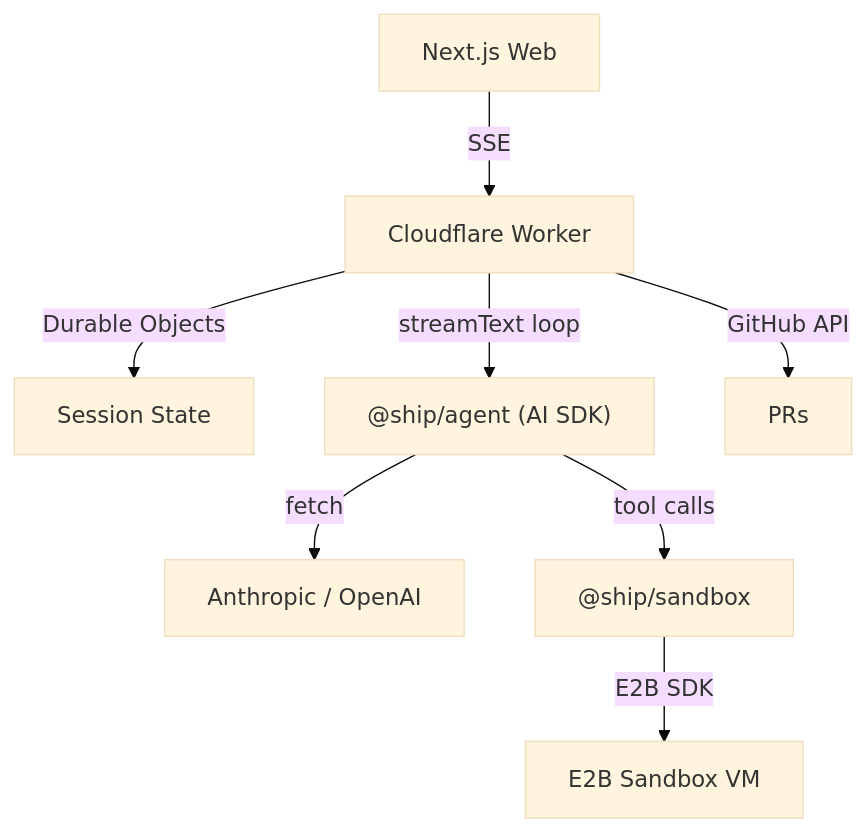
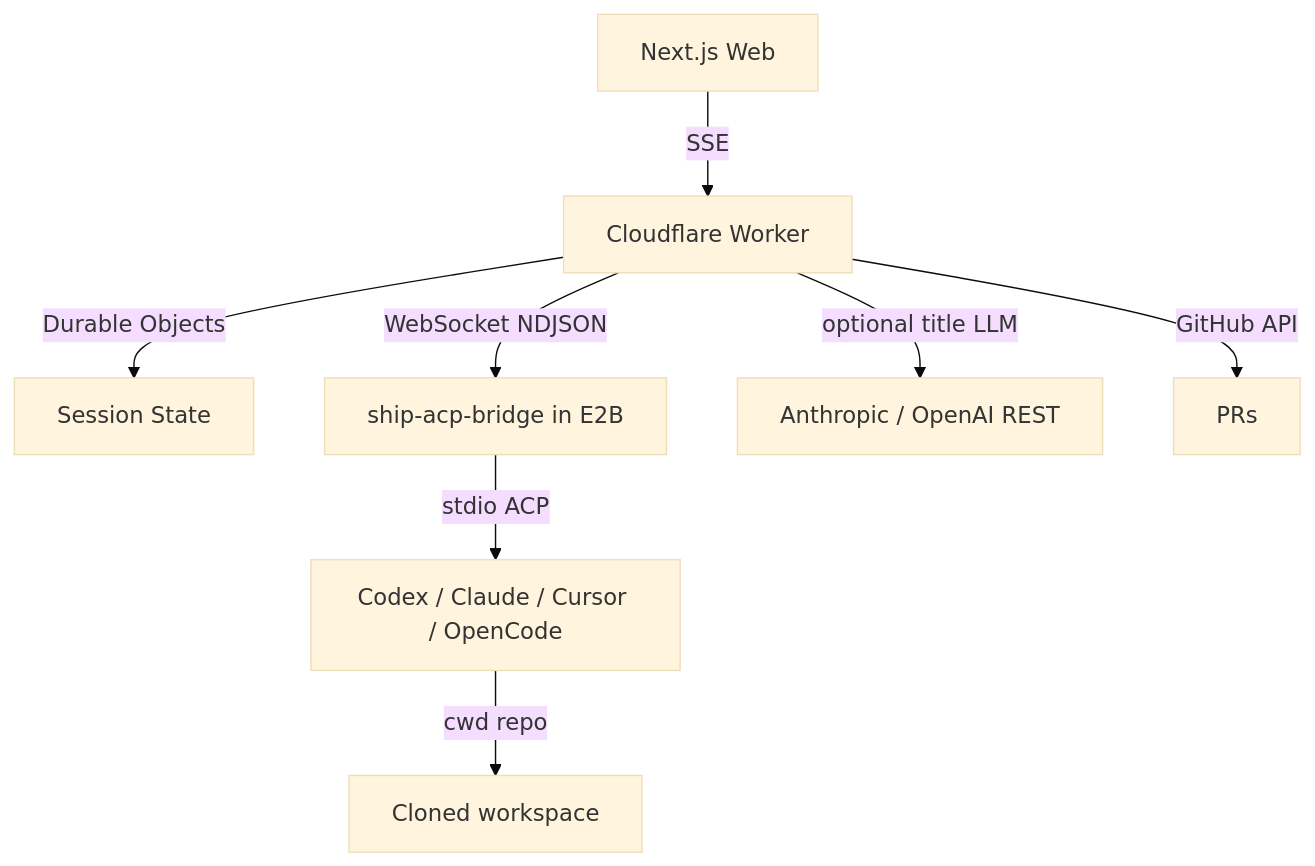
Before and after one commit to dylsteck/ship: the diagram in README.md, drawn with Mermaid (base theme). The commit also changed other lines of this file and 68 other files, not shown here.

First line of the commit message:
feat: sandbox-hosted ACP agents + Bankr removal (#16)

````diff
--- a/README.md
+++ b/README.md
@@ -177,10 +179,10 @@
 ```mermaid
 graph TD
     A[Next.js Web] -->|SSE| B[Cloudflare Worker]
     B -->|Durable Objects| C[Session State]
-    B -->|streamText loop| D["@ship/agent (AI SDK)"]
-    D -->|fetch| M[Anthropic / OpenAI]
-    D -->|tool calls| S["@ship/sandbox"]
-    S -->|E2B SDK| E[E2B Sandbox VM]
+    B -->|WebSocket NDJSON| D[ship-acp-bridge in E2B]
+    D -->|stdio ACP| E[Codex / Claude / Cursor / OpenCode]
+    E -->|cwd repo| F[Cloned workspace]
+    B -->|optional title LLM| M[Anthropic / OpenAI REST]
     B -->|GitHub API| G[PRs]
 ```
````
